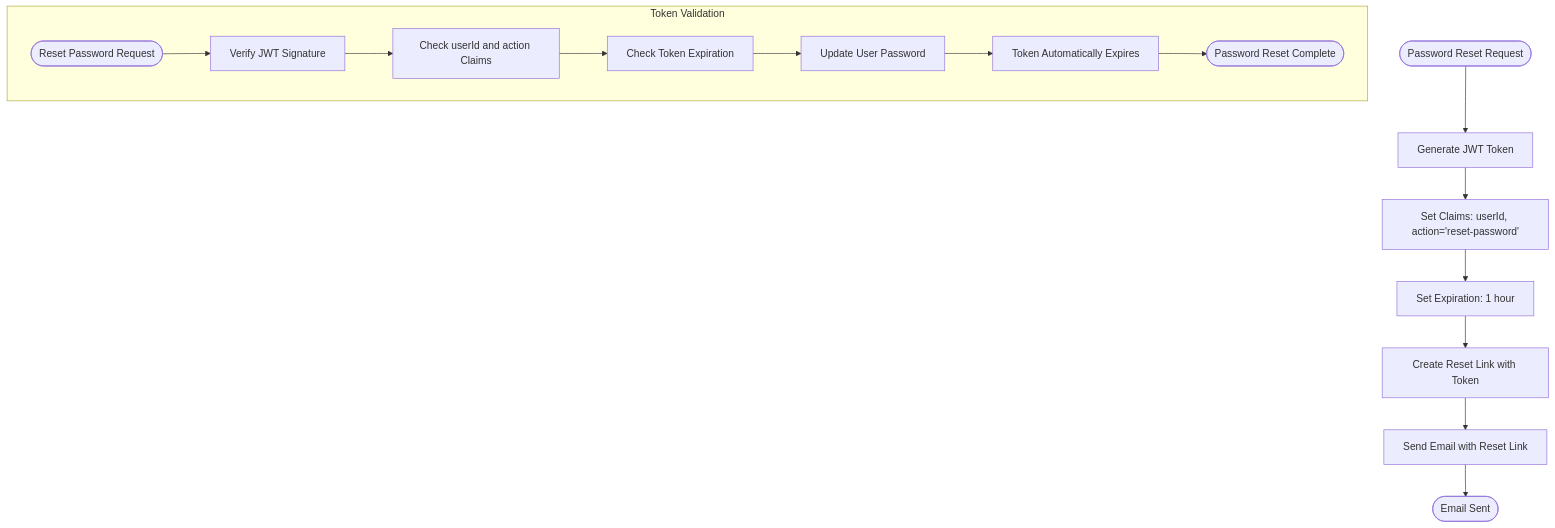
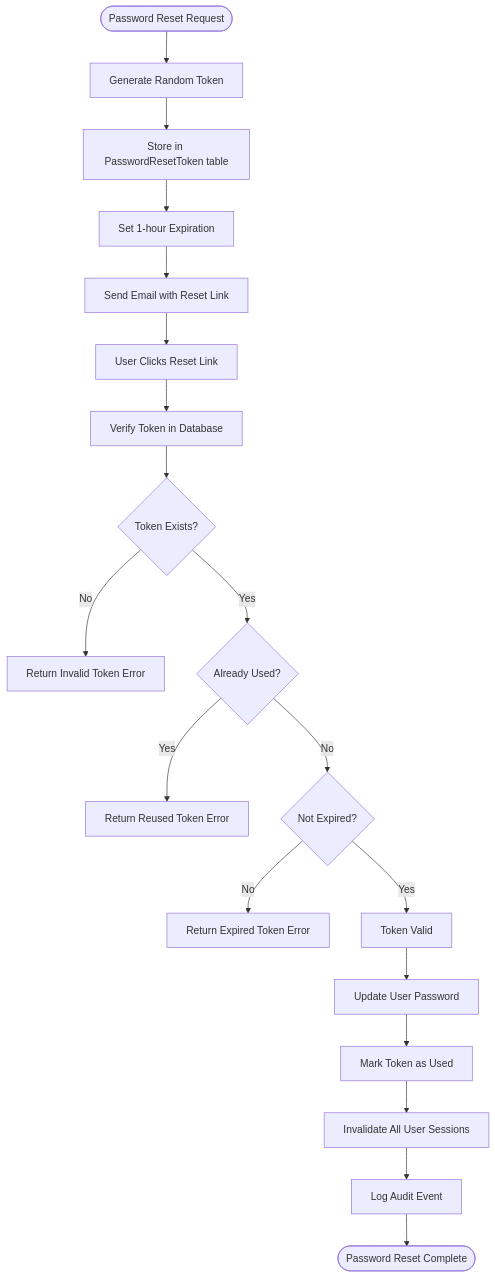
Before and after one commit to Brimstow/ThumPiks: the third of 3 diagrams in .qoder/repowiki/en/content/Authentication & User Management/Password Recovery & Reset.md, drawn with Mermaid. The commit also changed other lines of this file and 900 other files, not shown here.

````diff
--- a/.qoder/repowiki/en/content/Authentication & User Management/Password Recovery & Reset.md
+++ b/.qoder/repowiki/en/content/Authentication & User Management/Password Recovery & Reset.md
@@ -150,17 +194,21 @@
 ```mermaid
 flowchart TD
-Start([Password Reset Request]) --> GenerateToken["Generate JWT Token"]
-GenerateToken --> SetClaims["Set Claims: userId, action='reset-password'"]
-SetClaims --> SetExpiration["Set Expiration: 1 hour"]
-SetExpiration --> CreateLink["Create Reset Link with Token"]
-CreateLink --> SendEmail["Send Email with Reset Link"]
-SendEmail --> End([Email Sent])
-subgraph "Token Validation"
-ValidateStart([Reset Password Request]) --> VerifySignature["Verify JWT Signature"]
-VerifySignature --> CheckClaims["Check userId and action Claims"]
-CheckClaims --> CheckExpiration["Check Token Expiration"]
-CheckExpiration --> UpdatePassword["Update User Password"]
-UpdatePassword --> InvalidateToken["Token Automatically Expires"]
-InvalidateToken --> Success([Password Reset Complete])
-end
+Start([Password Reset Request]) --> GenerateToken["Generate Random Token"]
+GenerateToken --> StoreToken["Store in PasswordResetToken table"]
+StoreToken --> SetExpiration["Set 1-hour Expiration"]
+SetExpiration --> SendEmail["Send Email with Reset Link"]
+SendEmail --> UserClicks["User Clicks Reset Link"]
+UserClicks --> VerifyToken["Verify Token in Database"]
+VerifyToken --> CheckExists{"Token Exists?"}
+CheckExists --> |No| InvalidToken["Return Invalid Token Error"]
+CheckExists --> |Yes| CheckUsed{"Already Used?"}
+CheckUsed --> |Yes| ReusedToken["Return Reused Token Error"]
+CheckUsed --> |No| CheckExpired{"Not Expired?"}
+CheckExpired --> |No| ExpiredToken["Return Expired Token Error"]
+CheckExpired --> |Yes| ValidToken["Token Valid"]
+ValidToken --> UpdatePassword["Update User Password"]
+UpdatePassword --> MarkUsed["Mark Token as Used"]
+MarkUsed --> InvalidateSessions["Invalidate All User Sessions"]
+InvalidateSessions --> LogAudit["Log Audit Event"]
+LogAudit --> Success([Password Reset Complete])
 ```
````
